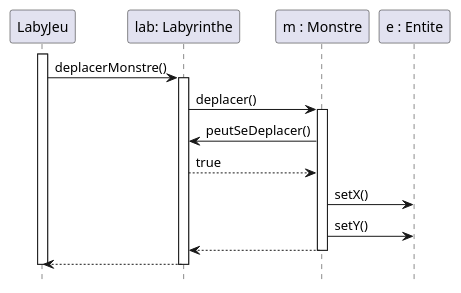
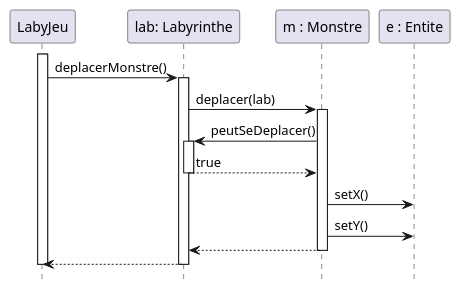
The diagram in zeldiablo/documents/version_1/diagseq_monstreDeplacementAleatoire.puml (Erwanquilliou/2024_Zeldiablo_quilliou2u_leveque58u), drawn with PlantUML before and after one commit. The commit also changed 2 other files, not shown here.

```diff
--- a/zeldiablo/documents/version_1/diagseq_monstreDeplacementAleatoire.puml
+++ b/zeldiablo/documents/version_1/diagseq_monstreDeplacementAleatoire.puml
@@ -1,23 +1,28 @@
 @startuml
 hide footbox
 
 participant "LabyJeu" as lj
 participant "lab: Labyrinthe" as l
 participant "m : Monstre" as m
 participant "e : Entite" as e
 
     activate lj
     lj -> l : deplacerMonstre()
     activate l
-    l -> m : deplacer()
+    l -> m : deplacer(lab)
     activate m
+
     m -> l : peutSeDeplacer()
+    activate l
     l --> m : true
+    deactivate l
+
+
     m -> e : setX()
     m -> e : setY()
     m --> l
     deactivate m
     l --> lj
     deactivate l
     deactivate lj
 @enduml
```
